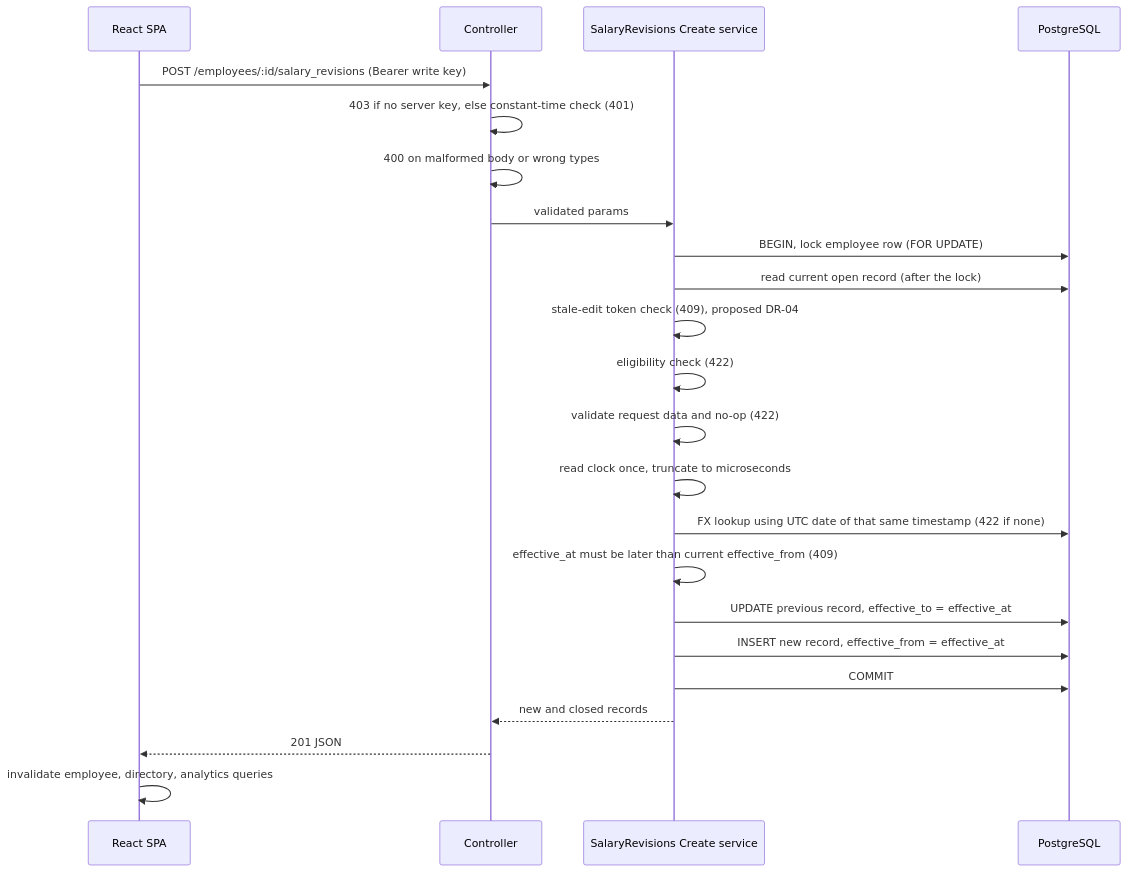
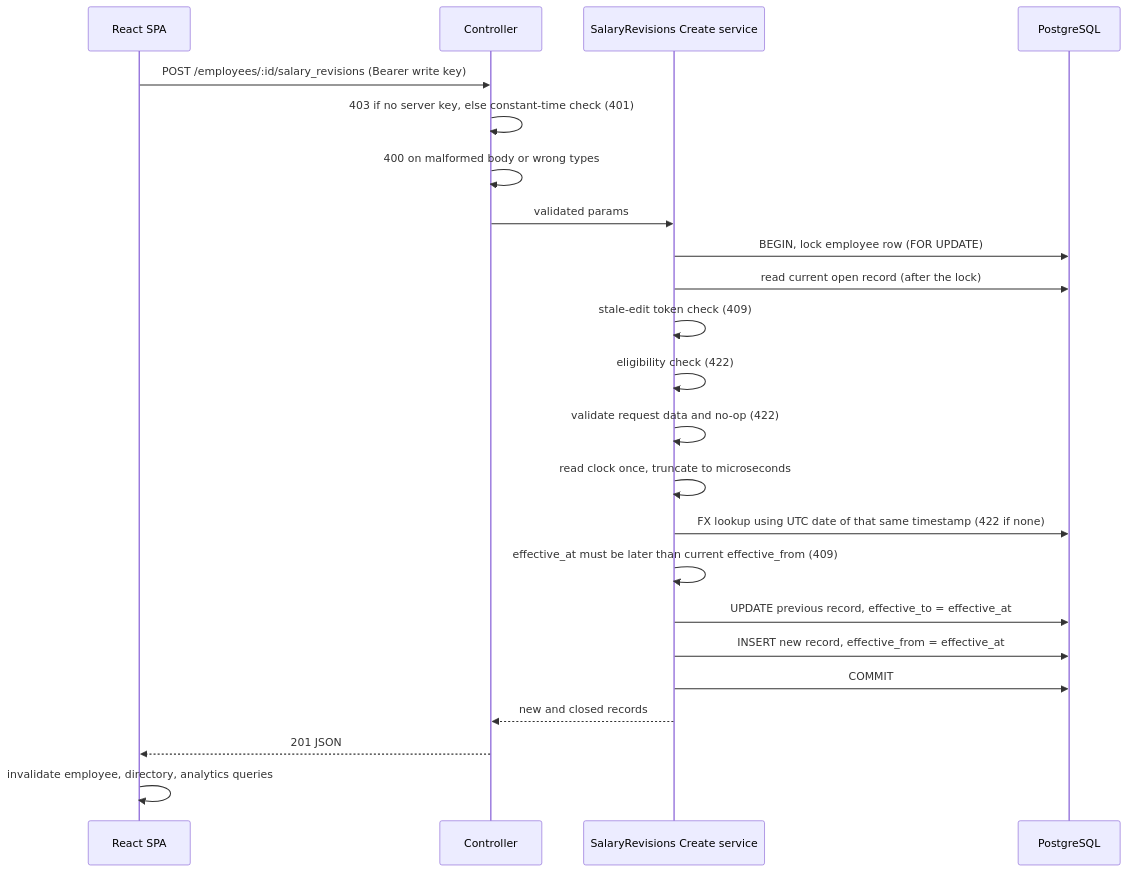
One commit to vijaypatidar99/acme-salary-management changed the third of 4 diagrams in docs/architecture.md. Above: the diagram before and after it, drawn with Mermaid. The commit also changed other lines of this file and 156 other files, not shown here.

````diff
--- a/docs/architecture.md
+++ b/docs/architecture.md
@@ -236,25 +245,25 @@
 ```mermaid
 sequenceDiagram
     participant UI as React SPA
     participant C as Controller
     participant S as SalaryRevisions Create service
     participant DB as PostgreSQL
     UI->>C: POST /employees/:id/salary_revisions (Bearer write key)
     C->>C: 403 if no server key, else constant-time check (401)
     C->>C: 400 on malformed body or wrong types
     C->>S: validated params
     S->>DB: BEGIN, lock employee row (FOR UPDATE)
     S->>DB: read current open record (after the lock)
-    S->>S: stale-edit token check (409), proposed DR-04
+    S->>S: stale-edit token check (409)
     S->>S: eligibility check (422)
     S->>S: validate request data and no-op (422)
     S->>S: read clock once, truncate to microseconds
     S->>DB: FX lookup using UTC date of that same timestamp (422 if none)
     S->>S: effective_at must be later than current effective_from (409)
     S->>DB: UPDATE previous record, effective_to = effective_at
     S->>DB: INSERT new record, effective_from = effective_at
     S->>DB: COMMIT
     S-->>C: new and closed records
     C-->>UI: 201 JSON
     UI->>UI: invalidate employee, directory, analytics queries
 ```
````
